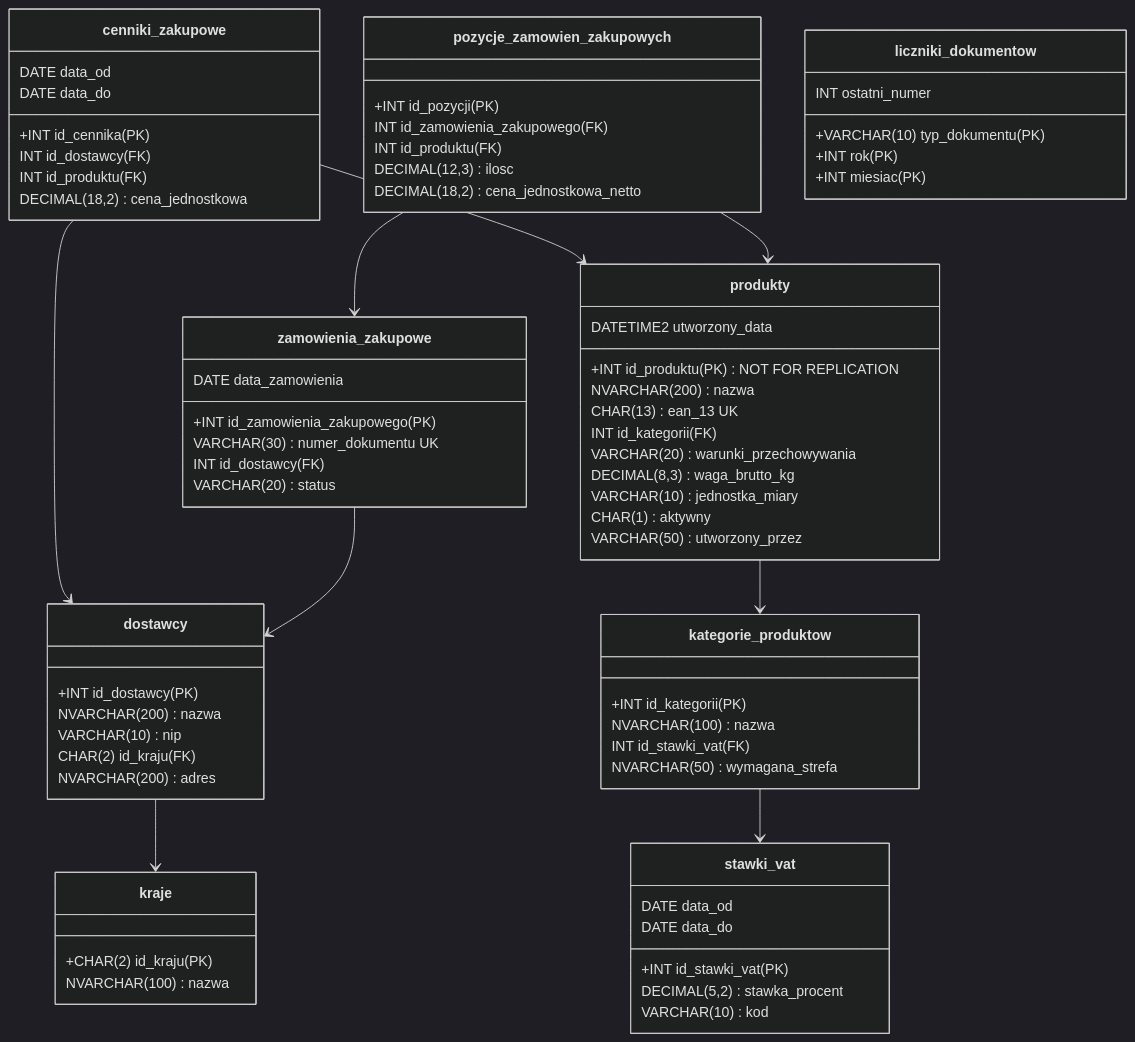
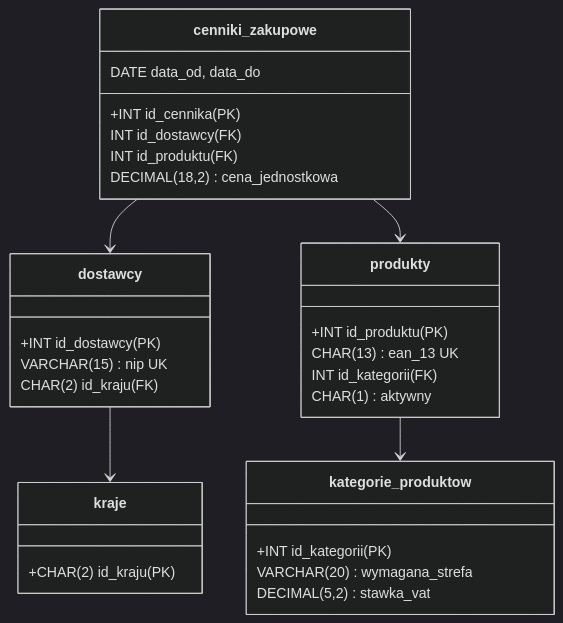
One commit to MattyMroz/Bazy_Danych changed the second of 4 diagrams in RBZ/PROJEKT/HiDPPS.md. Above: the diagram before and after it, drawn with Mermaid (dark theme). The commit also changed other lines of this file and 3 other files, not shown here.

````diff
--- a/RBZ/PROJEKT/HiDPPS.md
+++ b/RBZ/PROJEKT/HiDPPS.md
@@ -197,76 +175,31 @@
 ```mermaid
 classDiagram
-    class kraje {
-        +CHAR(2) id_kraju (PK)
-        NVARCHAR(100) nazwa
-    }
+    class kraje { +CHAR(2) id_kraju (PK) }
     class kategorie_produktow {
         +INT id_kategorii (PK)
-        NVARCHAR(100) nazwa
-        INT id_stawki_vat (FK)
-        NVARCHAR(50) wymagana_strefa
-    }
-    class stawki_vat {
-        +INT id_stawki_vat (PK)
-        DECIMAL(5,2) stawka_procent
-        VARCHAR(10) kod
-        DATE data_od
-        DATE data_do
+        VARCHAR(20) wymagana_strefa
+        DECIMAL(5,2) stawka_vat
     }
     class produkty {
-        +INT id_produktu (PK) NOT FOR REPLICATION
-        NVARCHAR(200) nazwa
+        +INT id_produktu (PK)
         CHAR(13) ean_13 UK
         INT id_kategorii (FK)
-        VARCHAR(20) warunki_przechowywania
-        DECIMAL(8,3) waga_brutto_kg
-        VARCHAR(10) jednostka_miary
         CHAR(1) aktywny
-        DATETIME2 utworzony_data
-        VARCHAR(50) utworzony_przez
     }
     class dostawcy {
         +INT id_dostawcy (PK)
-        NVARCHAR(200) nazwa
-        VARCHAR(10) nip
+        VARCHAR(15) nip UK
         CHAR(2) id_kraju (FK)
-        NVARCHAR(200) adres
     }
     class cenniki_zakupowe {
         +INT id_cennika (PK)
         INT id_dostawcy (FK)
         INT id_produktu (FK)
         DECIMAL(18,2) cena_jednostkowa
-        DATE data_od
-        DATE data_do
+        DATE data_od, data_do
     }
-    class zamowienia_zakupowe {
-        +INT id_zamowienia_zakupowego (PK)
-        VARCHAR(30) numer_dokumentu UK
-        INT id_dostawcy (FK)
-        DATE data_zamowienia
-        VARCHAR(20) status
-    }
-    class pozycje_zamowien_zakupowych {
-        +INT id_pozycji (PK)
-        INT id_zamowienia_zakupowego (FK)
-        INT id_produktu (FK)
-        DECIMAL(12,3) ilosc
-        DECIMAL(18,2) cena_jednostkowa_netto
-    }
-    class liczniki_dokumentow {
-        +VARCHAR(10) typ_dokumentu (PK)
-        +INT rok (PK)
-        +INT miesiac (PK)
-        INT ostatni_numer
-    }
-
-    kategorie_produktow --> stawki_vat
     produkty --> kategorie_produktow
     dostawcy --> kraje
     cenniki_zakupowe --> dostawcy
     cenniki_zakupowe --> produkty
-    zamowienia_zakupowe --> dostawcy
-    pozycje_zamowien_zakupowych --> zamowienia_zakupowe
-    pozycje_zamowien_zakupowych --> produkty
 ```
````
